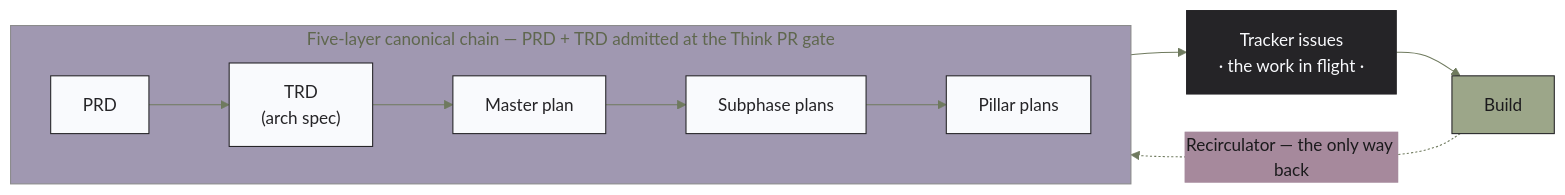
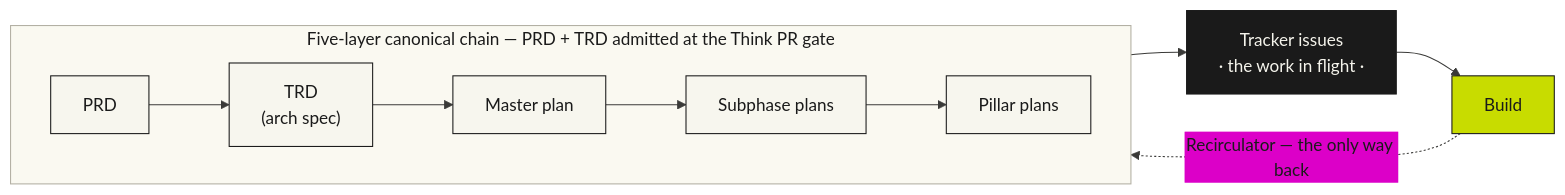
One commit to llamallamaredpajama/idc-workflow changed the first of 2 diagrams in README.md. Above: the diagram before and after it, drawn with Mermaid. The commit also changed other lines of this file and 9 other files, not shown here.

First line of the commit message:
docs(readme): adopt the painted pipeline diagram + Oliver Wyman Forum editorial re-skin

````diff
--- a/README.md
+++ b/README.md
@@ -186,15 +186,15 @@
 ```mermaid
-%%{init: {'theme':'base','themeVariables':{'primaryColor':'#9CA689','primaryTextColor':'#1b1a1c','primaryBorderColor':'#252427','lineColor':'#6f7a5e','fontFamily':'Trebuchet MS, Verdana, sans-serif'}}}%%
+%%{init: {'theme':'base','themeVariables':{'primaryColor':'#c8dc00','primaryTextColor':'#1a1a1a','primaryBorderColor':'#1a1a1a','lineColor':'#3a3a38','clusterBkg':'#faf9f1','clusterBorder':'#b3b0a4','titleColor':'#1a1a1a','fontFamily':'Helvetica Neue, Helvetica, Arial, sans-serif'}}}%%
 flowchart LR
     subgraph chain["Five-layer canonical chain — PRD + TRD admitted at the Think PR gate"]
         direction LR
         PRD["PRD"]:::doc --> SPEC["TRD<br/>(arch spec)"]:::doc --> MP["Master plan"]:::doc --> SUB["Subphase plans"]:::doc --> PIL["Pillar plans"]:::doc
     end
     PIL --> ISS["Tracker issues<br/>· the work in flight ·"]:::wall
     ISS --> BUILD["Build"]:::stage
     BUILD -.->|"Recirculator — the only way back"| PRD
 
-    classDef doc fill:#F9FAFD,stroke:#252427,color:#252427;
-    classDef stage fill:#9CA689,stroke:#252427,color:#1b1a1c;
-    classDef wall fill:#252427,stroke:#252427,color:#F9FAFD;
+    classDef doc fill:#f7f6ee,stroke:#1a1a1a,color:#1a1a1a;
+    classDef stage fill:#c8dc00,stroke:#1a1a1a,color:#1a1a1a;
+    classDef wall fill:#1a1a1a,stroke:#1a1a1a,color:#f5f4ec;
 ```
````
